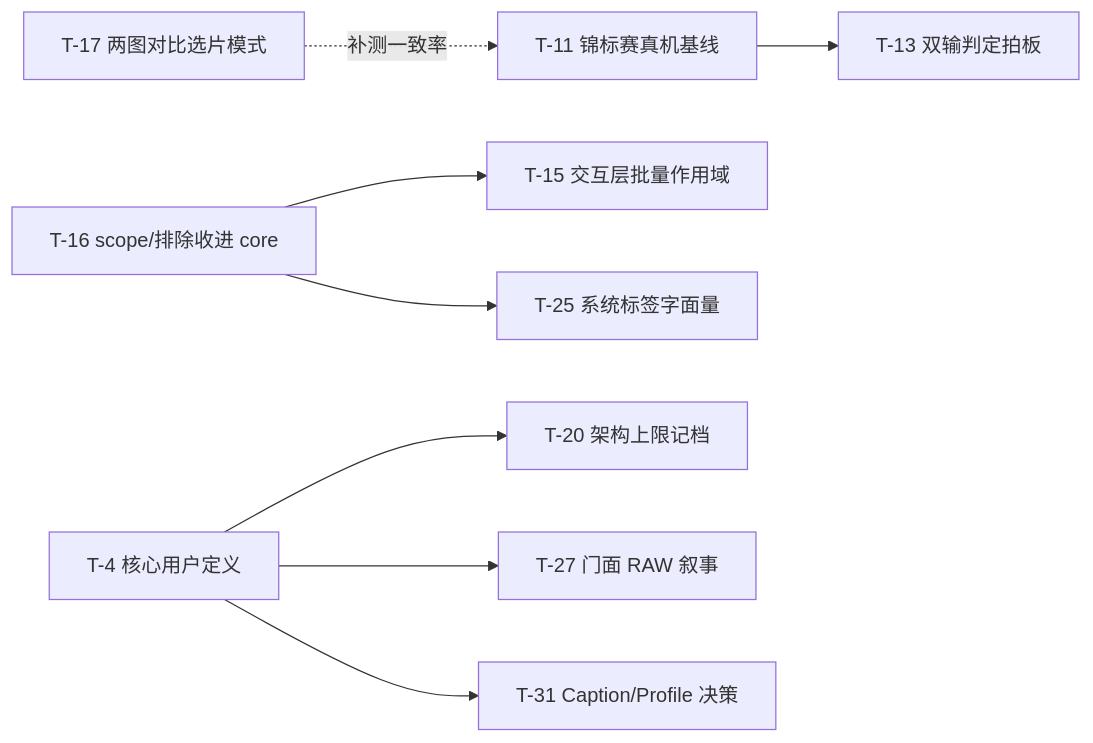
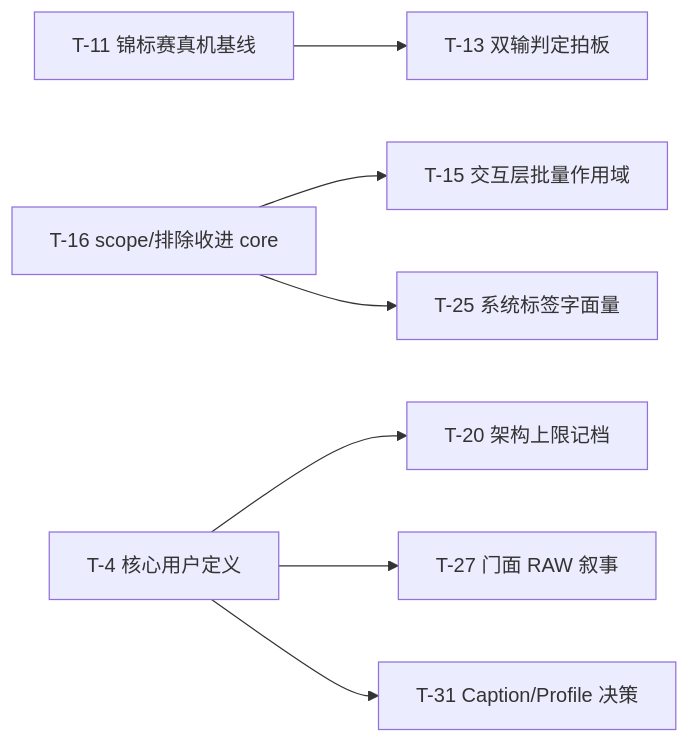
One commit to wangliyangleon/picztream changed the diagram in docs/proposal-2026-07-25.md. Above: the diagram before and after it, drawn with Mermaid. The commit also changed other lines of this file, not shown here.

````diff
--- a/docs/proposal-2026-07-25.md
+++ b/docs/proposal-2026-07-25.md
@@ -278,10 +278,9 @@
 ```mermaid
 graph LR
   T11[T-11 锦标赛真机基线] --> T13[T-13 双输判定拍板]
   T16[T-16 scope/排除收进 core] --> T15[T-15 交互层批量作用域]
   T16 --> T25[T-25 系统标签字面量]
   T4[T-4 核心用户定义] --> T20[T-20 架构上限记档]
   T4 --> T27[T-27 门面 RAW 叙事]
   T4 --> T31[T-31 Caption/Profile 决策]
-  T17[T-17 两图对比选片模式] -.补测一致率.-> T11
 ```
````
